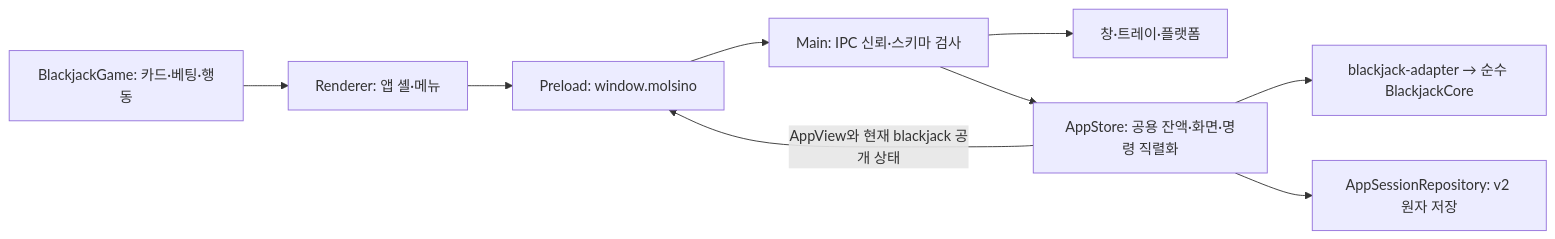
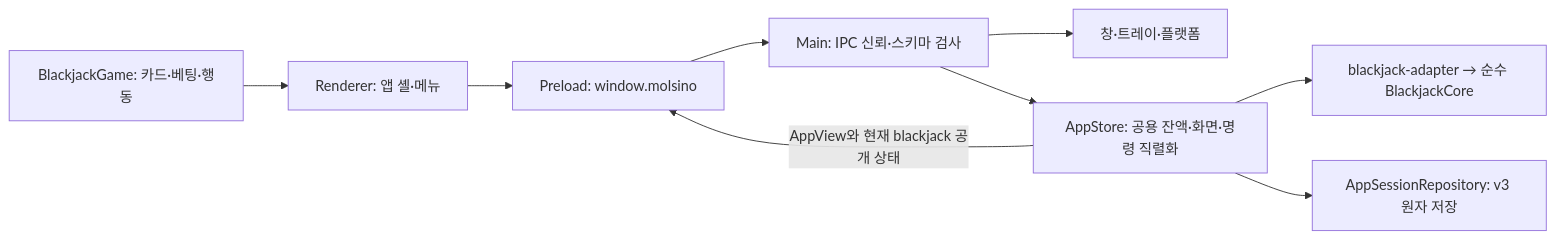
The diagram in docs/main/technical-design.md (wooing1084/molsino), drawn with Mermaid before and after one commit. The commit also changed other lines of this file and 45 other files, not shown here.

````diff
--- a/docs/main/technical-design.md
+++ b/docs/main/technical-design.md
@@ -71,11 +71,11 @@
 ```mermaid
 flowchart LR
     R[Renderer: 앱 셸·메뉴] --> P[Preload: window.molsino]
     B[BlackjackGame: 카드·베팅·행동] --> R
     P --> I[Main: IPC 신뢰·스키마 검사]
     I --> W[창·트레이·플랫폼]
     I --> A[AppStore: 공용 잔액·화면·명령 직렬화]
     A --> C[blackjack-adapter → 순수 BlackjackCore]
-    A --> S[AppSessionRepository: v2 원자 저장]
+    A --> S[AppSessionRepository: v3 원자 저장]
     A -->|AppView와 현재 blackjack 공개 상태| P
 ```
````
